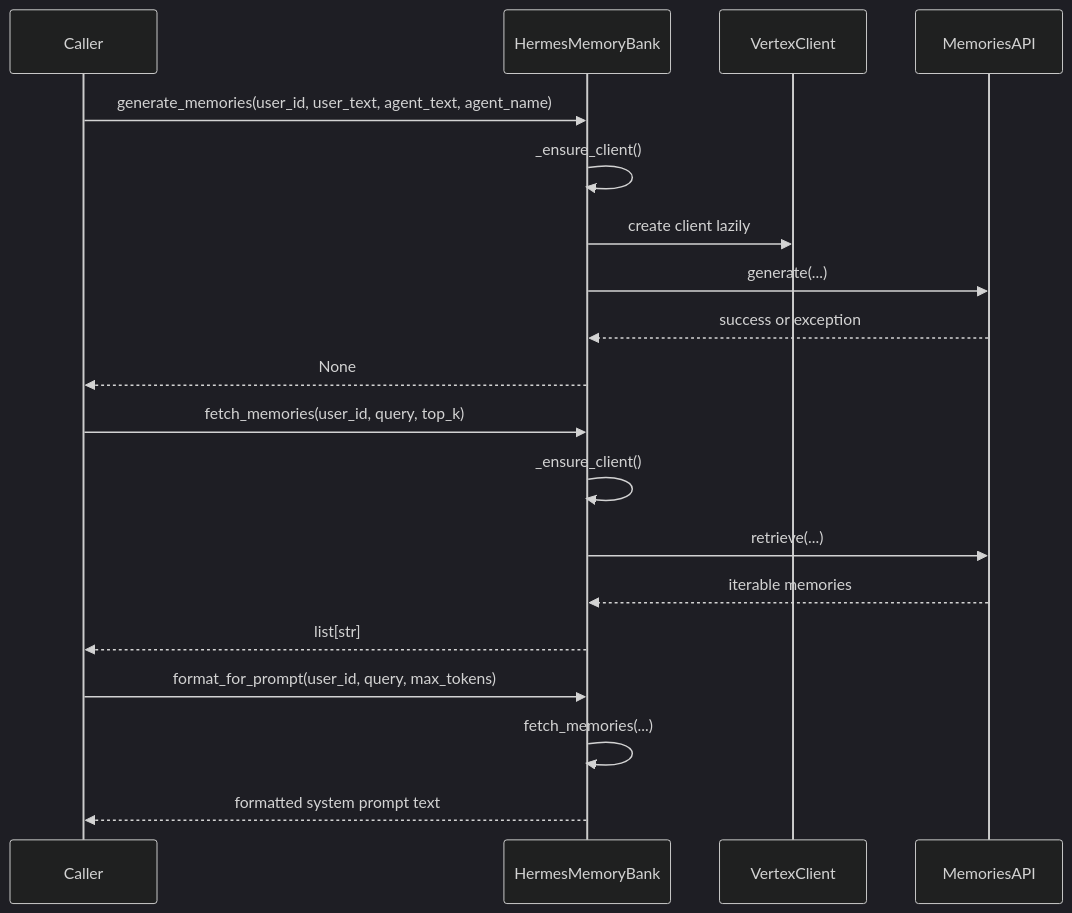
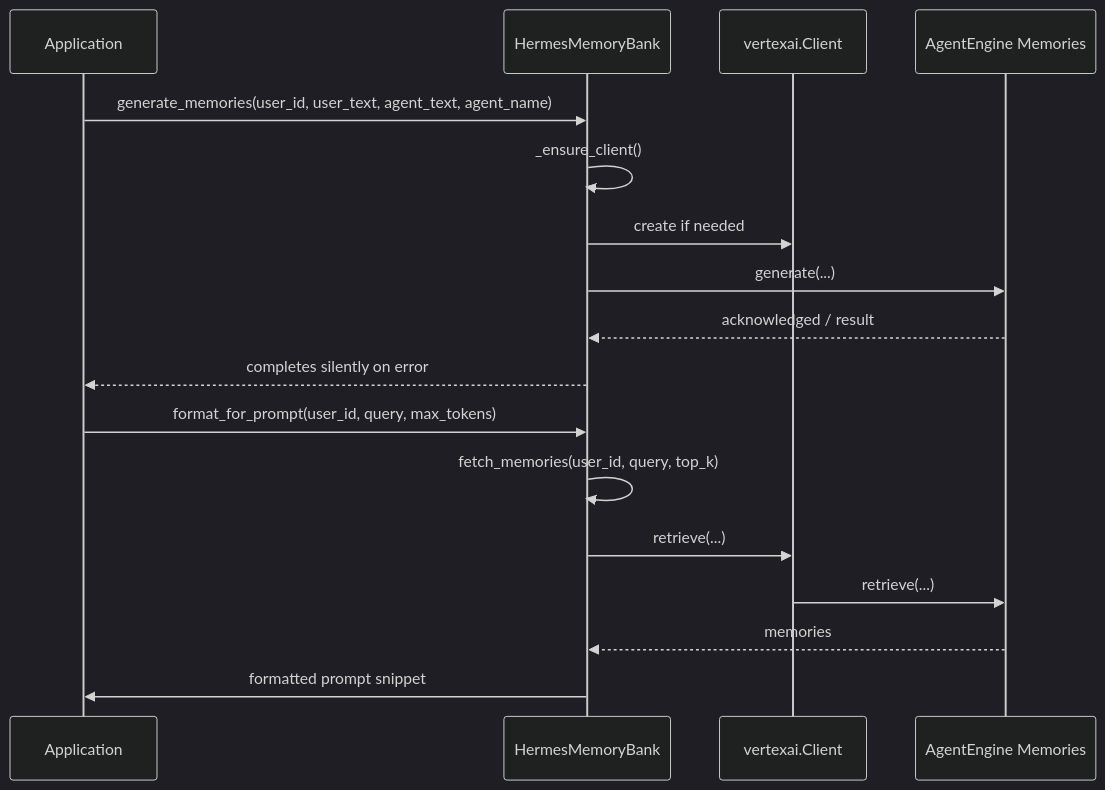
The second of 2 diagrams in .rekipedia/wiki/architecture.md (unrealandychan/gcp-hermes-agnet), drawn with Mermaid (dark theme) before and after one commit. The commit also changed other lines of this file and 15 other files, not shown here.

````diff
--- a/.rekipedia/wiki/architecture.md
+++ b/.rekipedia/wiki/architecture.md
@@ -139,24 +111,21 @@
 ```mermaid
 sequenceDiagram
-    participant Caller
+    participant App as Application
     participant Bank as HermesMemoryBank
-    participant Client as VertexClient
-    participant SDK as MemoriesAPI
+    participant Client as vertexai.Client
+    participant Mem as AgentEngine Memories
 
-    Caller->>Bank: generate_memories(user_id, user_text, agent_text, agent_name)
+    App->>Bank: generate_memories(user_id, user_text, agent_text, agent_name)
     Bank->>Bank: _ensure_client()
-    Bank->>Client: create client lazily
-    Bank->>SDK: generate(...)
-    SDK-->>Bank: success or exception
-    Bank-->>Caller: None
+    Bank->>Client: create if needed
+    Bank->>Mem: generate(...)
+    Mem-->>Bank: acknowledged / result
+    Bank-->>App: completes silently on error
 
-    Caller->>Bank: fetch_memories(user_id, query, top_k)
-    Bank->>Bank: _ensure_client()
-    Bank->>SDK: retrieve(...)
-    SDK-->>Bank: iterable memories
-    Bank-->>Caller: list[str]
-
-    Caller->>Bank: format_for_prompt(user_id, query, max_tokens)
-    Bank->>Bank: fetch_memories(...)
-    Bank-->>Caller: formatted system prompt text
+    App->>Bank: format_for_prompt(user_id, query, max_tokens)
+    Bank->>Bank: fetch_memories(user_id, query, top_k)
+    Bank->>Client: retrieve(...)
+    Client->>Mem: retrieve(...)
+    Mem-->>Bank: memories
+    Bank->>App: formatted prompt snippet
 ```
````
